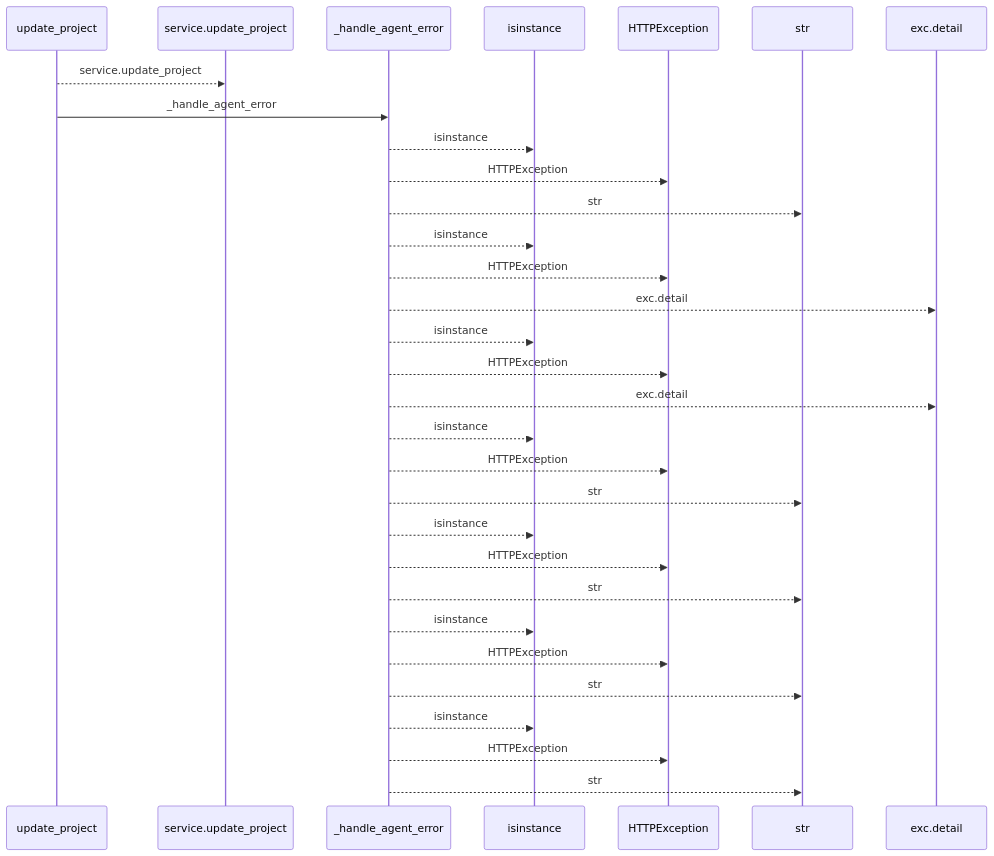
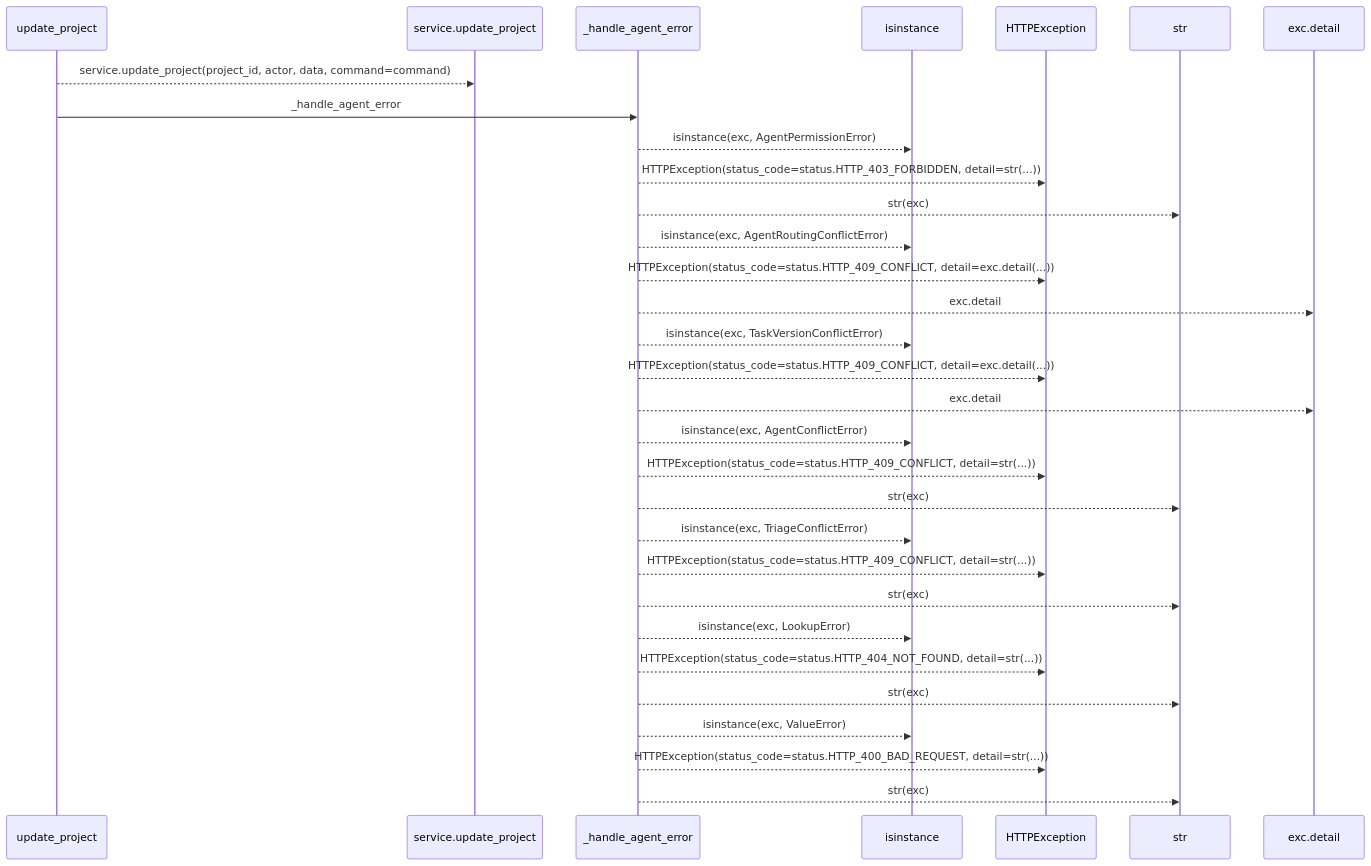
The first of 2 diagrams in docs/llm_wiki/flows/http-update_project-agent_planning.md (Denissvgn/WorkChord), drawn with Mermaid before and after one commit. The commit also changed other lines of this file and 25171 other files, not shown here.

````diff
--- a/docs/llm_wiki/flows/http-update_project-agent_planning.md
+++ b/docs/llm_wiki/flows/http-update_project-agent_planning.md
@@ -10,33 +12,33 @@
 ```mermaid
 sequenceDiagram
     participant p0 as update_project
     participant p1 as service.update_project
     participant p2 as _handle_agent_error
     participant p3 as isinstance
     participant p4 as HTTPException
     participant p5 as str
     participant p6 as exc.detail
-    p0-->>p1: service.update_project
+    p0-->>p1: service.update_project(project_id, actor, data, command=command)
     p0->>p2: _handle_agent_error
-    p2-->>p3: isinstance
-    p2-->>p4: HTTPException
-    p2-->>p5: str
-    p2-->>p3: isinstance
-    p2-->>p4: HTTPException
+    p2-->>p3: isinstance(exc, AgentPermissionError)
+    p2-->>p4: HTTPException(status_code=status.HTTP_403_FORBIDDEN, detail=str(...))
+    p2-->>p5: str(exc)
+    p2-->>p3: isinstance(exc, AgentRoutingConflictError)
+    p2-->>p4: HTTPException(status_code=status.HTTP_409_CONFLICT, detail=exc.detail(...))
     p2-->>p6: exc.detail
-    p2-->>p3: isinstance
-    p2-->>p4: HTTPException
+    p2-->>p3: isinstance(exc, TaskVersionConflictError)
+    p2-->>p4: HTTPException(status_code=status.HTTP_409_CONFLICT, detail=exc.detail(...))
     p2-->>p6: exc.detail
-    p2-->>p3: isinstance
-    p2-->>p4: HTTPException
-    p2-->>p5: str
-    p2-->>p3: isinstance
-    p2-->>p4: HTTPException
-    p2-->>p5: str
-    p2-->>p3: isinstance
-    p2-->>p4: HTTPException
-    p2-->>p5: str
-    p2-->>p3: isinstance
-    p2-->>p4: HTTPException
-    p2-->>p5: str
+    p2-->>p3: isinstance(exc, AgentConflictError)
+    p2-->>p4: HTTPException(status_code=status.HTTP_409_CONFLICT, detail=str(...))
+    p2-->>p5: str(exc)
+    p2-->>p3: isinstance(exc, TriageConflictError)
+    p2-->>p4: HTTPException(status_code=status.HTTP_409_CONFLICT, detail=str(...))
+    p2-->>p5: str(exc)
+    p2-->>p3: isinstance(exc, LookupError)
+    p2-->>p4: HTTPException(status_code=status.HTTP_404_NOT_FOUND, detail=str(...))
+    p2-->>p5: str(exc)
+    p2-->>p3: isinstance(exc, ValueError)
+    p2-->>p4: HTTPException(status_code=status.HTTP_400_BAD_REQUEST, detail=str(...))
+    p2-->>p5: str(exc)
 ```
````
